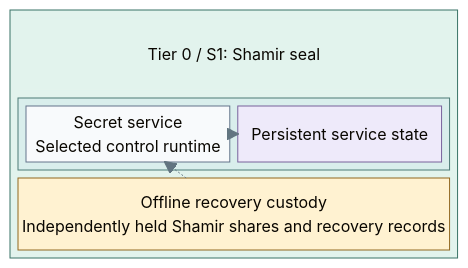
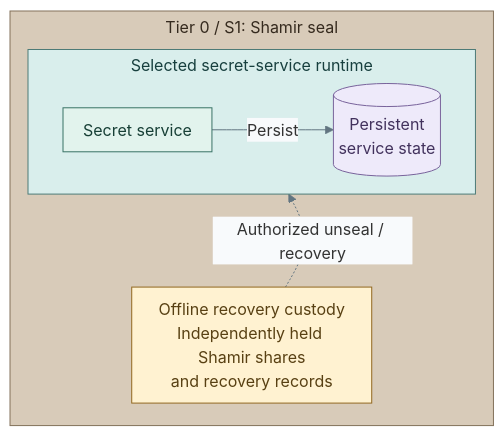
Before and after one commit to Rexus/homelab: the first of 2 diagrams in docs/01-architecture/08-cryptography/06-vault-seal.md, drawn with Mermaid. The commit also changed other lines of this file and 108 other files, not shown here.

Commit message:
docs(diagrams): unify visual language and opening views

````diff
--- a/docs/01-architecture/08-cryptography/06-vault-seal.md
+++ b/docs/01-architecture/08-cryptography/06-vault-seal.md
@@ -19,28 +19,27 @@
 ```mermaid
-%%{init: {"theme":"base","flowchart":{"nodeSpacing":20,"rankSpacing":24,"padding":12,"subGraphTitleMargin":{"top":4,"bottom":12}},"themeVariables":{"lineColor":"#627581","edgeLabelBackground":"#f8fafc"}}}%%
-block-beta
-  columns 1
-  block:T0
-    columns 1
-    T0Title["Tier 0 / S1: Shamir seal"]
-    block:Runtime
-      columns 2
-      B["Secret service<br/>Selected control runtime"]
-      Data["Persistent service state"]
+%%{init: {"theme":"base","flowchart":{"nodeSpacing":16,"rankSpacing":20,"padding":10,"subGraphTitleMargin":{"top":4,"bottom":12}},"themeVariables":{"lineColor":"#627581","edgeLabelBackground":"#f8fafc"}}}%%
+flowchart TB
+  subgraph T0["Tier 0 / S1: Shamir seal"]
+    direction TB
+    subgraph Runtime["Selected secret-service runtime"]
+      direction LR
+      B["Secret service"]
+      Data[("Persistent<br/>service state")]
+      B -->|Persist| Data
     end
-    Custody["Offline recovery custody<br/>Independently held Shamir shares and recovery records"]
+    Custody["Offline recovery custody<br/>Independently held Shamir shares<br/>and recovery records"]
+    Runtime ~~~ Custody
+    Custody -. Authorized unseal / recovery .-> Runtime
   end
-  B --> Data
-  Custody -.-> B
   classDef default fill:#f8fafc,stroke:#64748b,color:#1f2937
+  classDef tier0 fill:#d8cbb9,stroke:#83715a,color:#352a1e
+  classDef runtime fill:#d9eeec,stroke:#4d7b77,color:#173f3e
   classDef control fill:#e2f3ed,stroke:#397366,color:#173f36
-  classDef controlHeading fill:#e2f3ed,stroke:#e2f3ed,color:#173f36
-  classDef runtime fill:#d9eeec,stroke:#4d7b77,color:#173f3e
   classDef data fill:#eeeafa,stroke:#78639b,color:#42325d
   classDef custody fill:#fff2d1,stroke:#926820,color:#584013
-  class T0 control
-  class T0Title controlHeading
+  class T0 tier0
   class Runtime runtime
+  class B control
   class Data data
   class Custody custody
 ```
````
